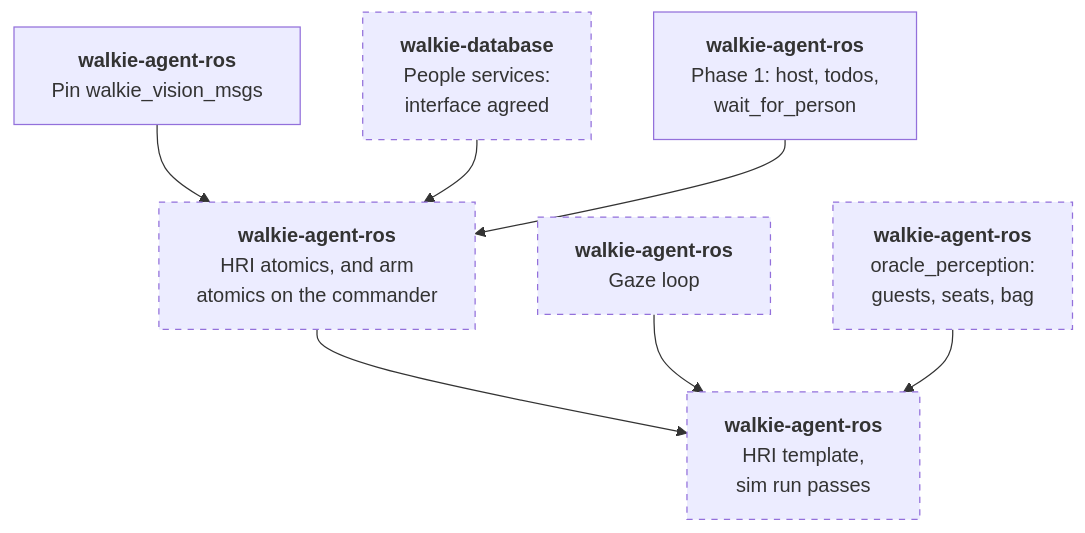
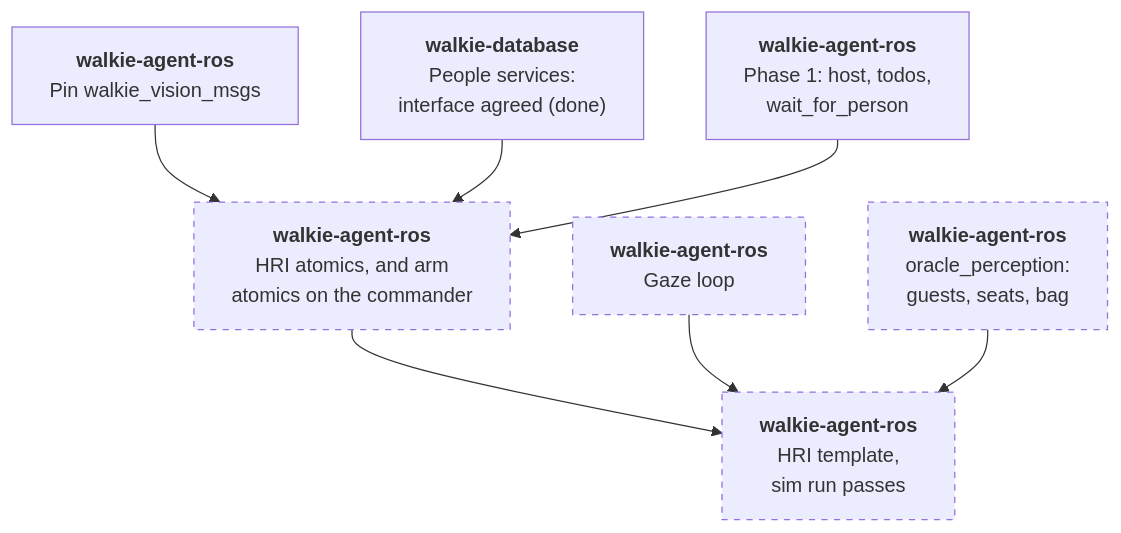
One commit to EIC-Robocup-2026/walkie-agent-ros changed the third of 4 diagrams in docs/architecture/hri.md. Above: the diagram before and after it, drawn with Mermaid. The commit also changed other lines of this file and 21 other files, not shown here.

First line of the commit message:
feat: remember and recognise people through walkie-database's people services

````diff
--- a/docs/architecture/hri.md
+++ b/docs/architecture/hri.md
@@ -895,19 +897,19 @@
 ```mermaid
 flowchart TB
-    di["<b>walkie-database</b><br/>People services:<br/>interface agreed"]:::proposed
+    di["<b>walkie-database</b><br/>People services:<br/>interface agreed (done)"]
     a0["<b>walkie-agent-ros</b><br/>Pin walkie_vision_msgs"]
     p1["<b>walkie-agent-ros</b><br/>Phase 1: host, todos,<br/>wait_for_person"]
     a1["<b>walkie-agent-ros</b><br/>HRI atomics, and arm<br/>atomics on the commander"]:::proposed
     g["<b>walkie-agent-ros</b><br/>Gaze loop"]:::proposed
     s["<b>walkie-agent-ros</b><br/>oracle_perception:<br/>guests, seats, bag"]:::proposed
     t["<b>walkie-agent-ros</b><br/>HRI template,<br/>sim run passes"]:::proposed
 
     a0 --> a1
     di --> a1
     p1 --> a1
     a1 --> t
     g --> t
     s --> t
 
     classDef proposed stroke-dasharray: 5 5;
 ```
````
